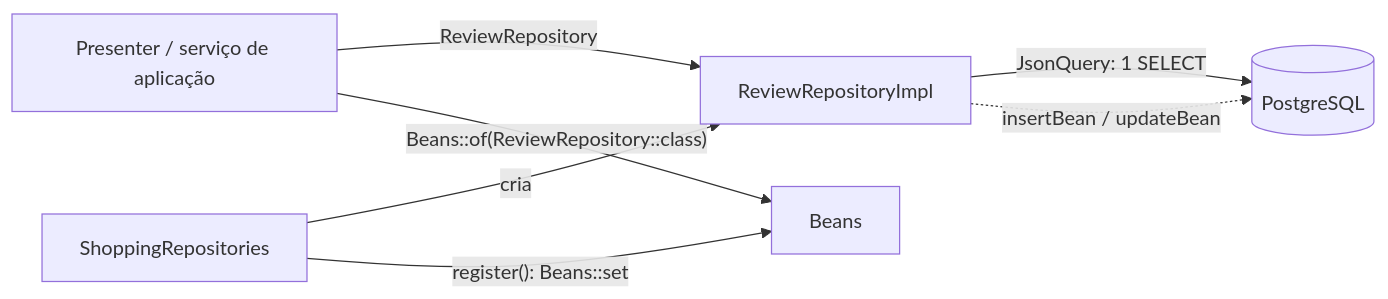
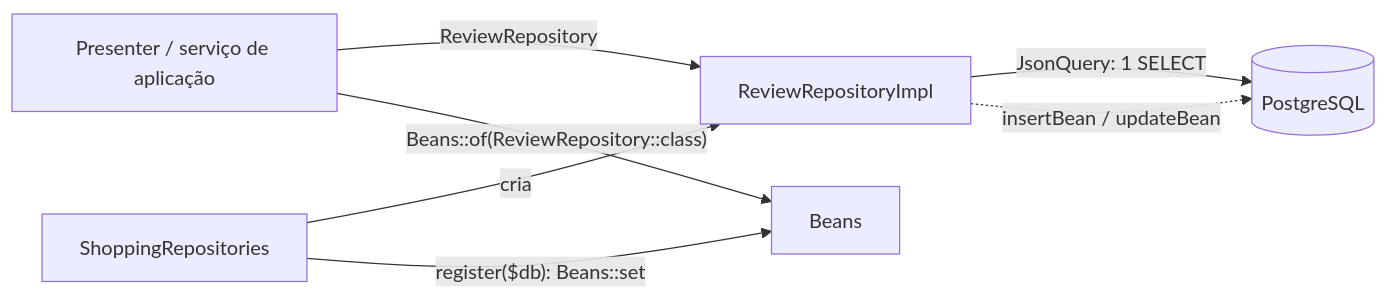
Before and after one commit to mrcdom/wdc-cube-php: the diagram in docs/dev/repository.md, drawn with Mermaid. The commit also changed other lines of this file and 34 other files, not shown here.

````diff
--- a/docs/dev/repository.md
+++ b/docs/dev/repository.md
@@ -43,9 +43,9 @@
 ```mermaid
 flowchart LR
     P[Presenter / serviço de aplicação] -->|ReviewRepository| I[ReviewRepositoryImpl]
     I -->|JsonQuery: 1 SELECT| DB[(PostgreSQL)]
     I -.->|insertBean / updateBean| DB
     R[ShoppingRepositories] -->|cria| I
-    R -->|"register(): Beans::set"| B[Beans]
+    R -->|"register($db): Beans::set"| B[Beans]
     P -->|"Beans::of(ReviewRepository::class)"| B
 ```
````
